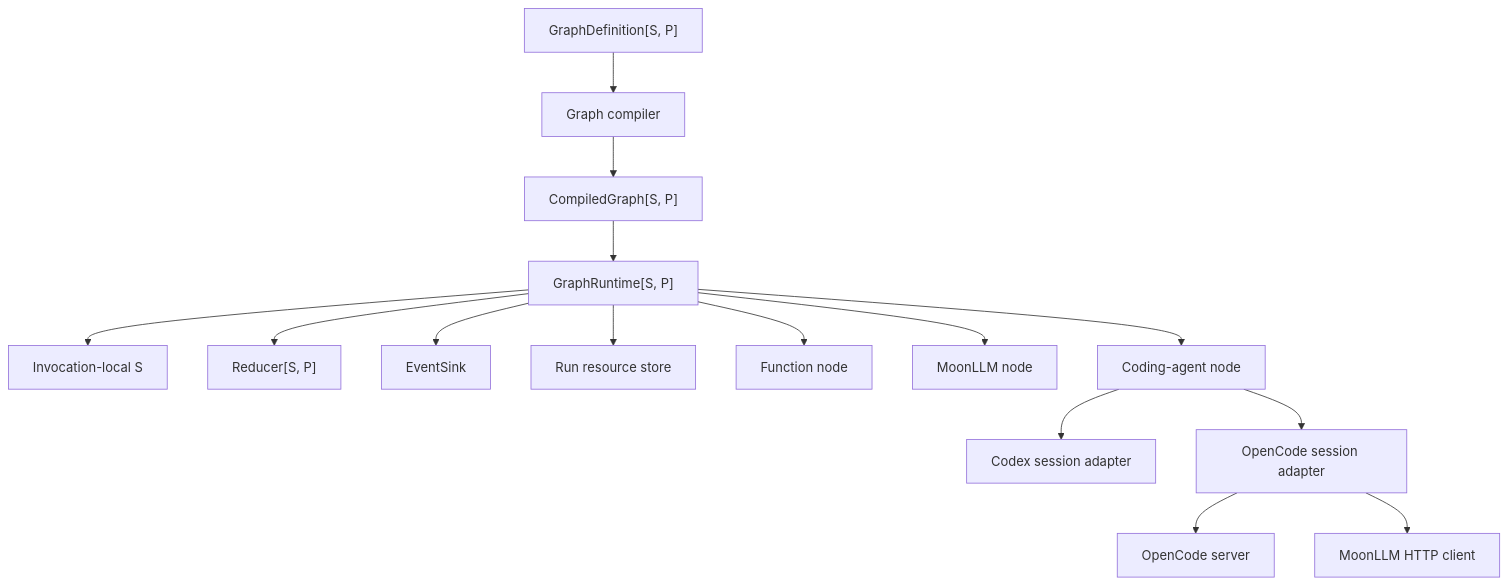
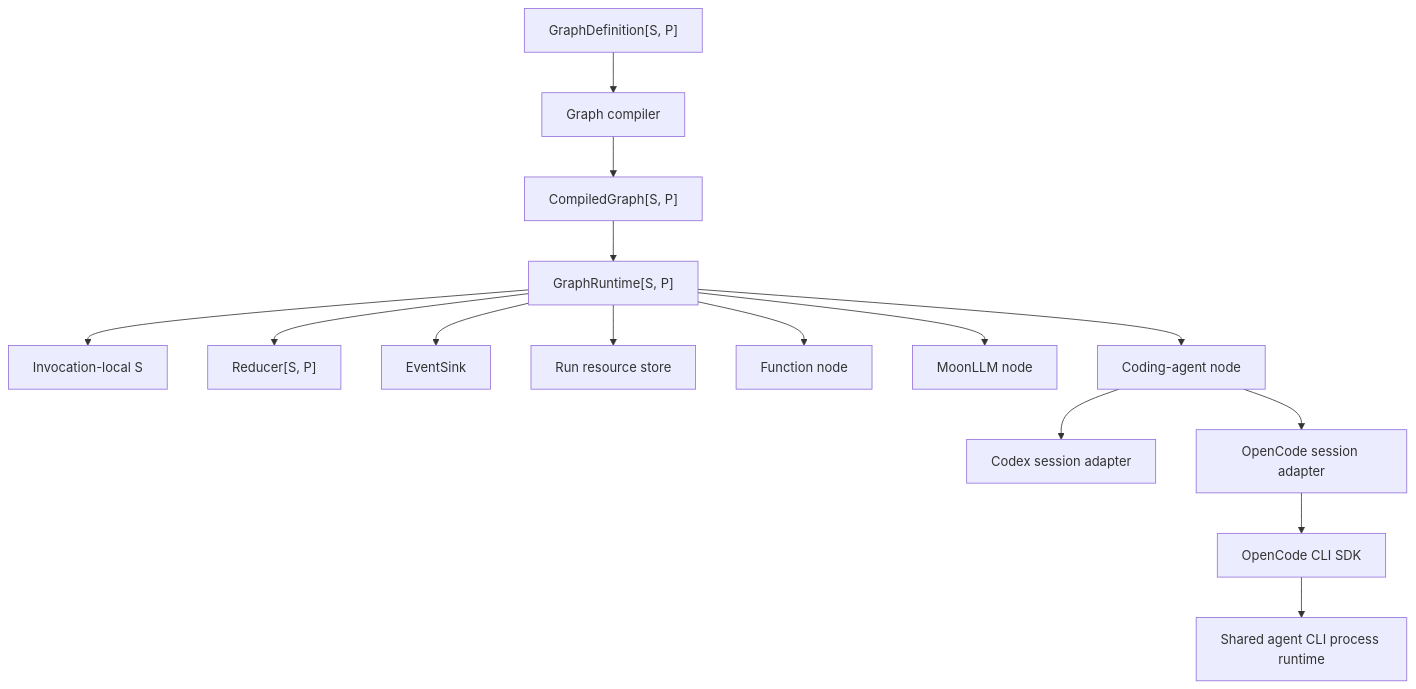
The first of 2 diagrams in mbt/package/moon-agent-graph/docs/architecture.md (totto2727-org/monorepo), drawn with Mermaid before and after one commit. The commit also changed other lines of this file and 15 other files, not shown here.

First line of the commit message:
fix(moon-agent-graph): use OpenCode CLI SDK

````diff
--- a/mbt/package/moon-agent-graph/docs/architecture.md
+++ b/mbt/package/moon-agent-graph/docs/architecture.md
@@ -48,17 +48,17 @@
 ```mermaid
 flowchart TD
   Definition["GraphDefinition[S, P]"] --> Compiler["Graph compiler"]
   Compiler --> Compiled["CompiledGraph[S, P]"]
   Compiled --> Runtime["GraphRuntime[S, P]"]
   Runtime --> State["Invocation-local S"]
   Runtime --> Reducer["Reducer[S, P]"]
   Runtime --> Events["EventSink"]
   Runtime --> Resources["Run resource store"]
   Runtime --> Function["Function node"]
   Runtime --> LLM["MoonLLM node"]
   Runtime --> AgentNode["Coding-agent node"]
   AgentNode --> Codex["Codex session adapter"]
   AgentNode --> OpenCode["OpenCode session adapter"]
-  OpenCode --> Server["OpenCode server"]
-  OpenCode --> MoonLLMHTTP["MoonLLM HTTP client"]
+  OpenCode --> OpenCodeSDK["OpenCode CLI SDK"]
+  OpenCodeSDK --> AgentCLI["Shared agent CLI process runtime"]
 ```
````
